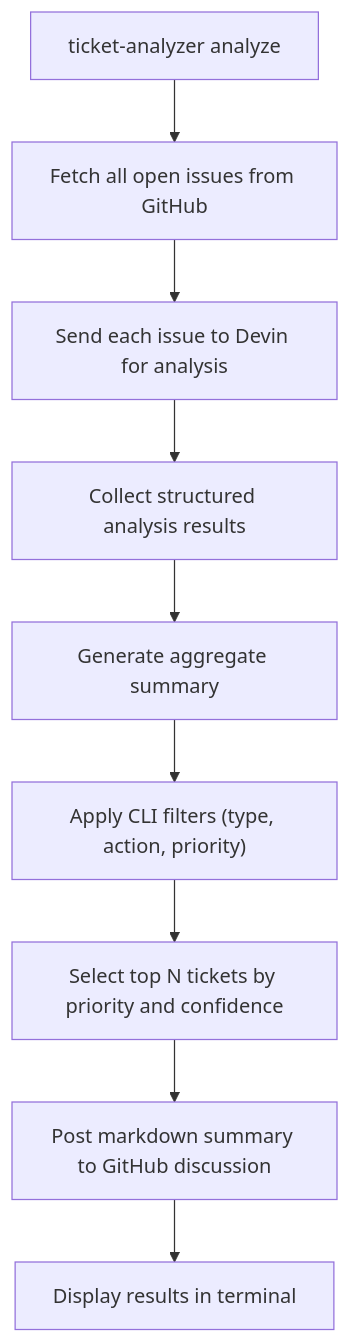
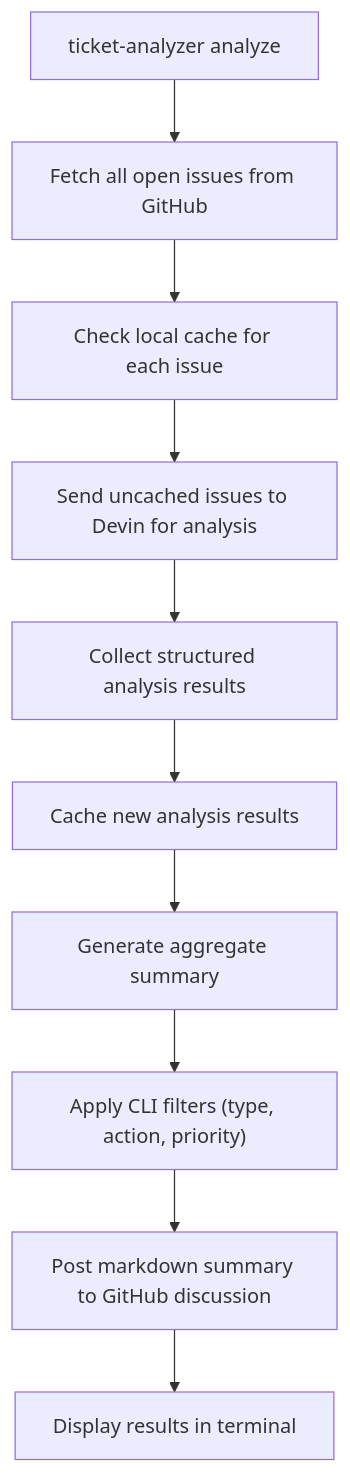
Before and after one commit to papatel5698/ticket-automation-tool: the second of 3 diagrams in README.md, drawn with Mermaid. The commit also changed other lines of this file and 7 other files, not shown here.

First line of the commit message:
Remove config feature, add caching docs, fix workflow diagrams

````diff
--- a/README.md
+++ b/README.md
@@ -251,11 +258,12 @@
 ```mermaid
 flowchart TD
     Start["ticket-analyzer analyze"] --> FetchIssues["Fetch all open issues from GitHub"]
-    FetchIssues --> SendToDevin["Send each issue to Devin for analysis"]
+    FetchIssues --> CheckCache["Check local cache for each issue"]
+    CheckCache --> SendToDevin["Send uncached issues to Devin for analysis"]
     SendToDevin --> CollectResults["Collect structured analysis results"]
-    CollectResults --> GenSummary["Generate aggregate summary"]
+    CollectResults --> UpdateCache["Cache new analysis results"]
+    UpdateCache --> GenSummary["Generate aggregate summary"]
     GenSummary --> ApplyFilters["Apply CLI filters (type, action, priority)"]
-    ApplyFilters --> TopN["Select top N tickets by priority and confidence"]
-    TopN --> PostGitHub["Post markdown summary to GitHub discussion"]
+    ApplyFilters --> PostGitHub["Post markdown summary to GitHub discussion"]
     PostGitHub --> Display["Display results in terminal"]
 ```
````
